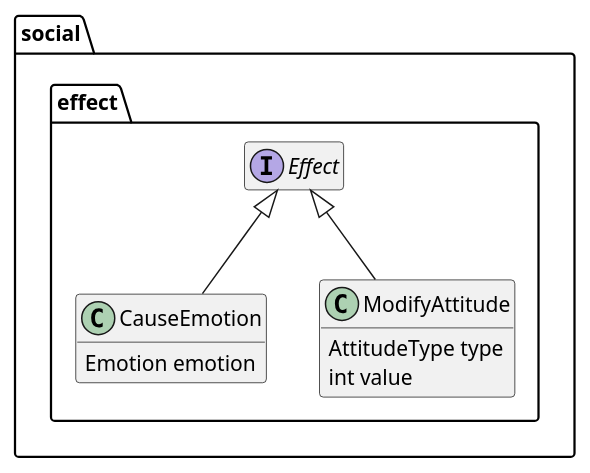
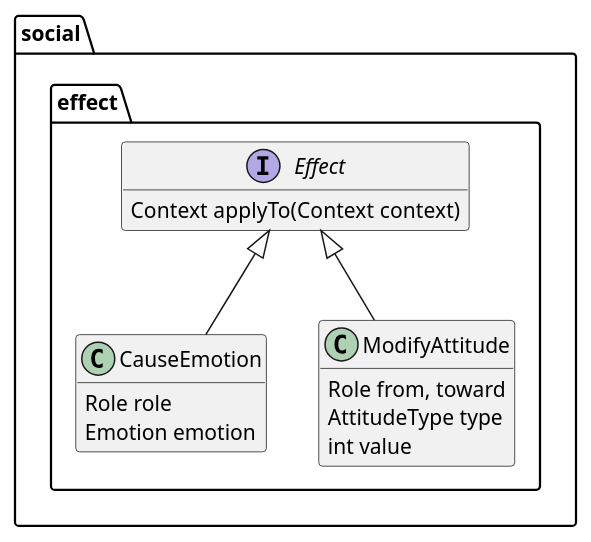
One commit to Orchaldir/SocialSimulation changed the diagram in doc/design/effect.puml. Above: the diagram before and after it, drawn with PlantUML. The commit also changed 2 other files, not shown here.

Commit message:
[#1] Improve design of Effect

```diff
--- a/doc/design/effect.puml
+++ b/doc/design/effect.puml
@@ -1,28 +1,32 @@
 @startuml
 
 hide empty members
 
 package social {
 
 package effect {
 
-interface Effect
+interface Effect {
+  Context applyTo(Context context)
+}
 
 class CauseEmotion {
+  Role role
   Emotion emotion
 }
 
 class ModifyAttitude {
+  Role from, toward
   AttitudeType type
   int value
 }
 
 }
 
 }
 
 Effect <|-- CauseEmotion
 Effect <|-- ModifyAttitude
 
 
 @enduml
```
